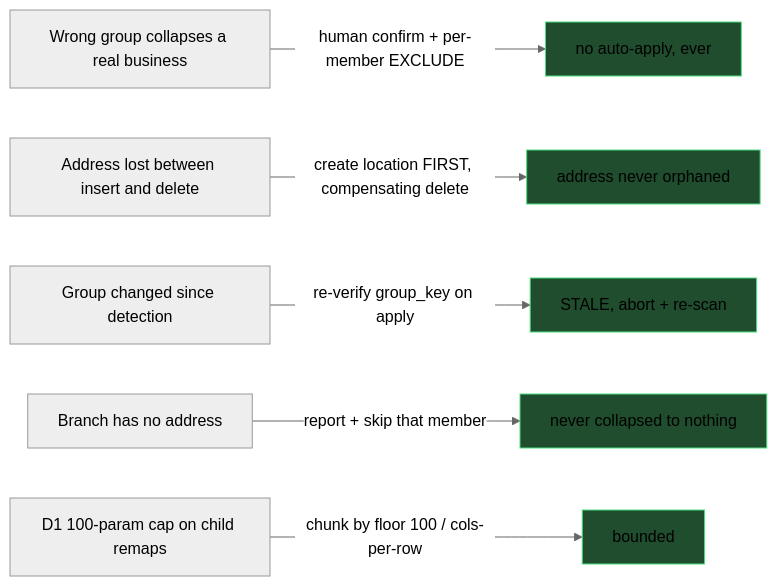
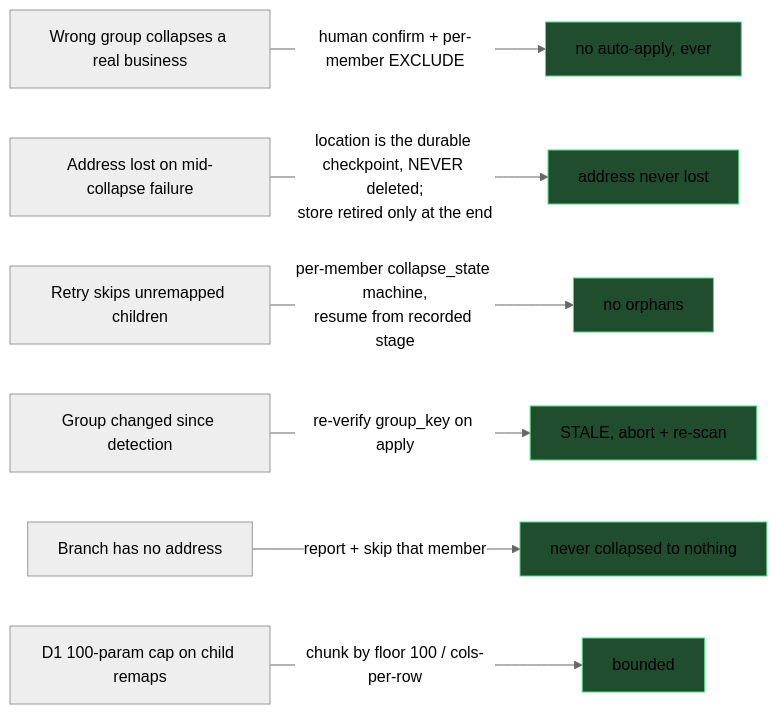
The fifth of 5 diagrams in docs/0047_showroom_branch_collapse/IMPLEMENTATION_PLAN.md (jmbish04/core-remodel), drawn with Mermaid (neutral theme) before and after one commit. The commit also changed other lines of this file and 2 other files, not shown here.

First line of the commit message:
docs(0047): per-member collapse state machine + precise exclusion pairs (codra)

````diff
--- a/docs/0047_showroom_branch_collapse/IMPLEMENTATION_PLAN.md
+++ b/docs/0047_showroom_branch_collapse/IMPLEMENTATION_PLAN.md
@@ -218,10 +244,11 @@
 ```mermaid
 flowchart LR
   R1[Wrong group collapses a real business] -->|human confirm + per-member EXCLUDE| M1[no auto-apply, ever]
-  R2[Address lost between insert and delete] -->|create location FIRST, compensating delete| M2[address never orphaned]
+  R2[Address lost on mid-collapse failure] -->|location is the durable checkpoint, NEVER deleted;<br/>store retired only at the end| M2[address never lost]
+  R6[Retry skips unremapped children] -->|per-member collapse_state machine,<br/>resume from recorded stage| M6[no orphans]
   R3[Group changed since detection] -->|re-verify group_key on apply| M3[STALE, abort + re-scan]
   R4[Branch has no address] -->|report + skip that member| M4[never collapsed to nothing]
   R5[D1 100-param cap on child remaps] -->|chunk by floor 100 / cols-per-row| M5[bounded]
   classDef done fill:#1f4d2e,stroke:#4ade80
-  class M1,M2,M3,M4,M5 done
+  class M1,M2,M3,M4,M5,M6 done
 ```
````
